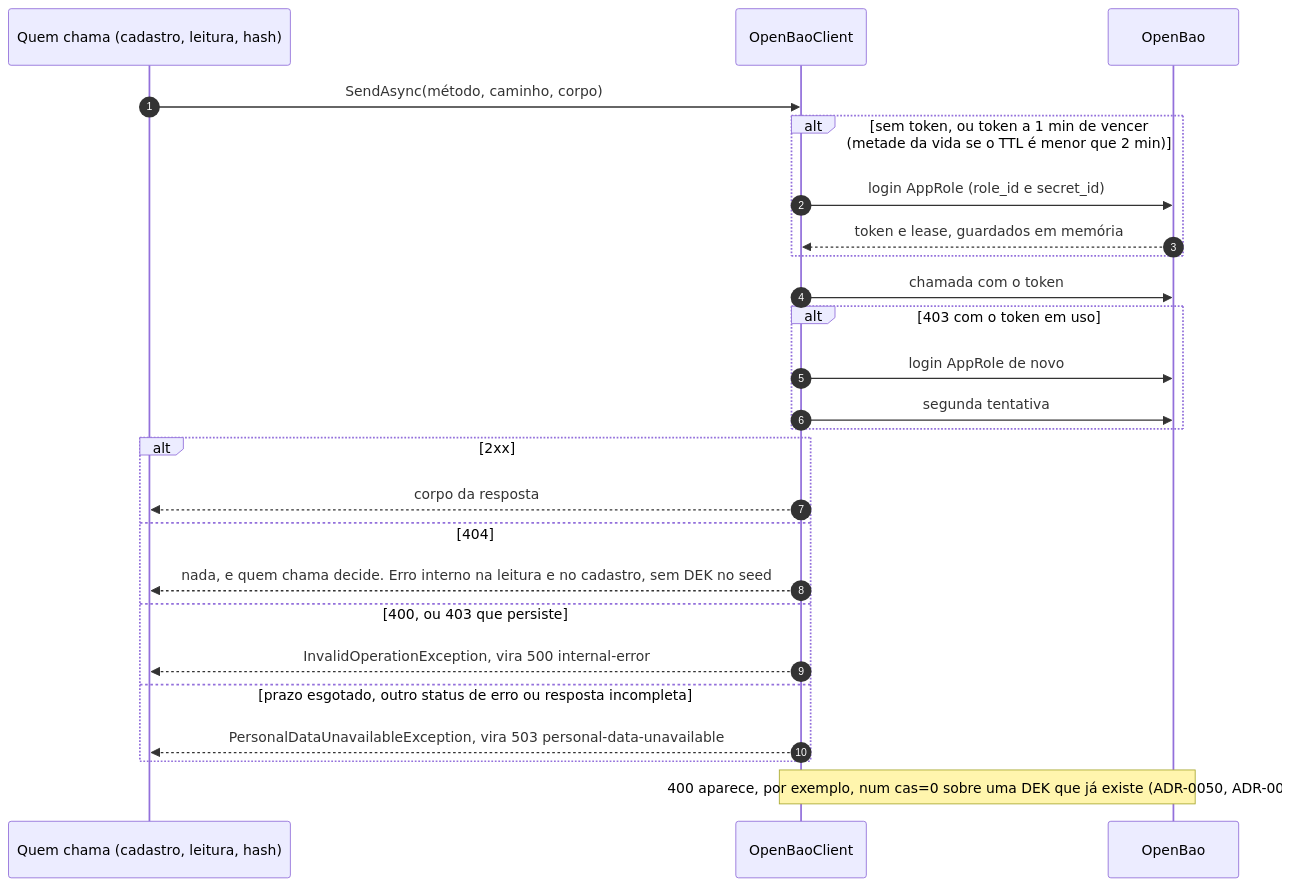
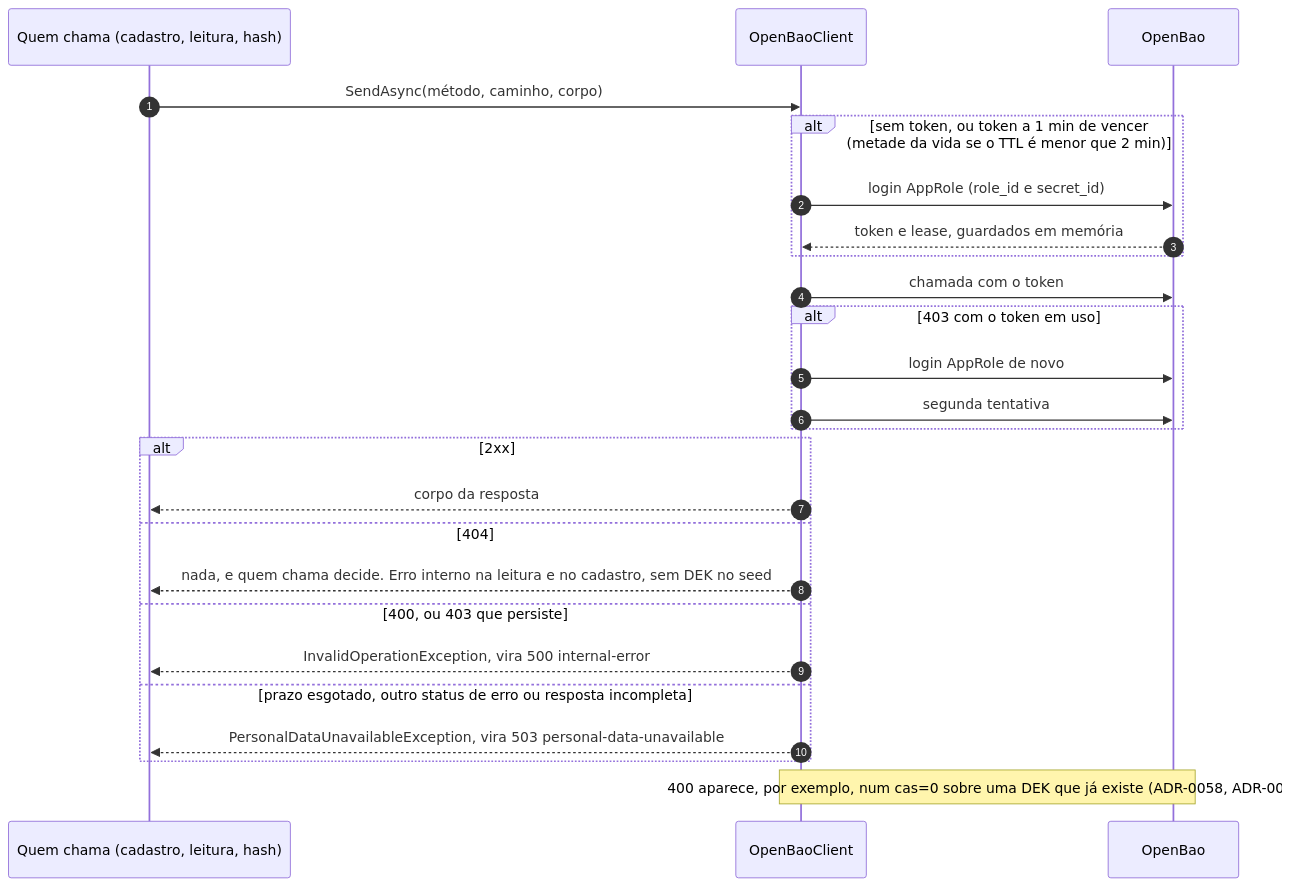
The third of 5 diagrams in docs/arquitetura/fluxos-customers.md (arthuurw/desafio-arquiteto-keyrus), drawn with Mermaid before and after one commit. The commit also changed other lines of this file and 73 other files, not shown here.

````diff
--- a/docs/arquitetura/fluxos-customers.md
+++ b/docs/arquitetura/fluxos-customers.md
@@ -178,28 +178,28 @@
 ```mermaid
 sequenceDiagram
   autonumber
   participant U as Quem chama (cadastro, leitura, hash)
   participant OB as OpenBaoClient
   participant V as OpenBao
 
   U->>OB: SendAsync(método, caminho, corpo)
   alt sem token, ou token a 1 min de vencer (metade da vida se o TTL é menor que 2 min)
     OB->>V: login AppRole (role_id e secret_id)
     V-->>OB: token e lease, guardados em memória
   end
   OB->>V: chamada com o token
   alt 403 com o token em uso
     OB->>V: login AppRole de novo
     OB->>V: segunda tentativa
   end
   alt 2xx
     OB-->>U: corpo da resposta
   else 404
     OB-->>U: nada, e quem chama decide. Erro interno na leitura e no cadastro, sem DEK no seed
   else 400, ou 403 que persiste
     OB-->>U: InvalidOperationException, vira 500 internal-error
   else prazo esgotado, outro status de erro ou resposta incompleta
     OB-->>U: PersonalDataUnavailableException, vira 503 personal-data-unavailable
   end
-  Note over OB,V: 400 aparece, por exemplo, num cas=0 sobre uma DEK que já existe (ADR-0050, ADR-0021)
+  Note over OB,V: 400 aparece, por exemplo, num cas=0 sobre uma DEK que já existe (ADR-0058, ADR-0021)
 ```
````
